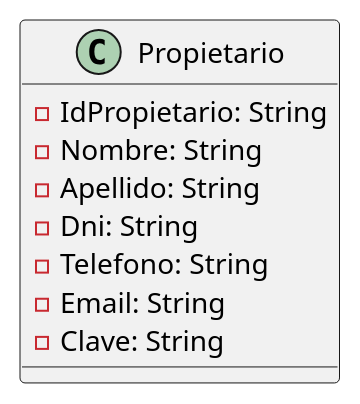
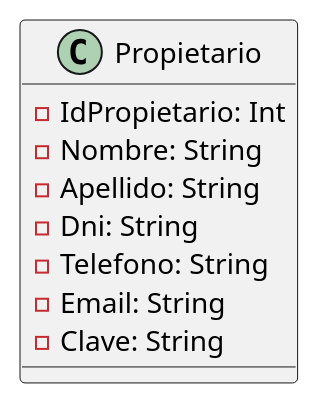
Before and after one commit to EmanuelAngel/inmobiliaria-angel: the diagram in docs/diagramas/modelos.plantuml, drawn with PlantUML.

Commit message:
fix(diagramas): atributo IdPropietario a Int

```diff
--- a/docs/diagramas/modelos.plantuml
+++ b/docs/diagramas/modelos.plantuml
@@ -1,13 +1,13 @@
 @startuml inmobiliaria_angel
 
 class Propietario {
-    - IdPropietario: String
+    - IdPropietario: Int
     - Nombre: String
     - Apellido: String
     - Dni: String
     - Telefono: String
     - Email: String
     - Clave: String
 }
 
 @enduml
```
